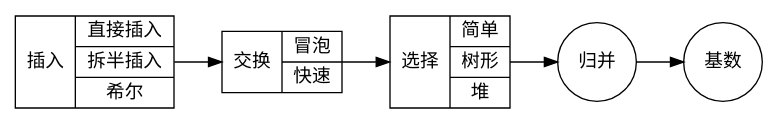
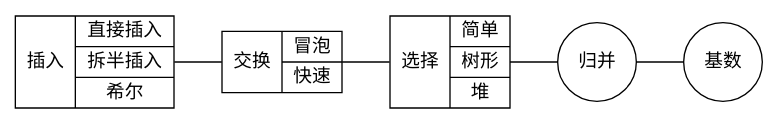
One commit to onlyonion/development changed the second of 2 diagrams in 99-book/notes/00-base/数据结构.md. Above: the diagram before and after it, drawn with Graphviz. The commit also changed other lines of this file and 53 other files, not shown here.

````diff
--- a/99-book/notes/00-base/数据结构.md
+++ b/99-book/notes/00-base/数据结构.md
@@ -291,13 +318,10 @@
 ```graphviz
-digraph inner_sort {
+graph inner_sort {
     rankdir=LR;
     node [shape = circle];
     插入 [shape=record, label="{插入|{直接插入|拆半插入|希尔}}"];
     交换 [shape=record, label="{交换|{冒泡|快速}}"];
     选择 [shape=record, label="{选择|{简单|树形|堆}}"];
-    插入 -> 交换;
-    交换 -> 选择;
-    选择 -> 归并;
-    归并 -> 基数;
+    插入 -- 交换 -- 选择 -- 归并 -- 基数;
 }
 ```
````
